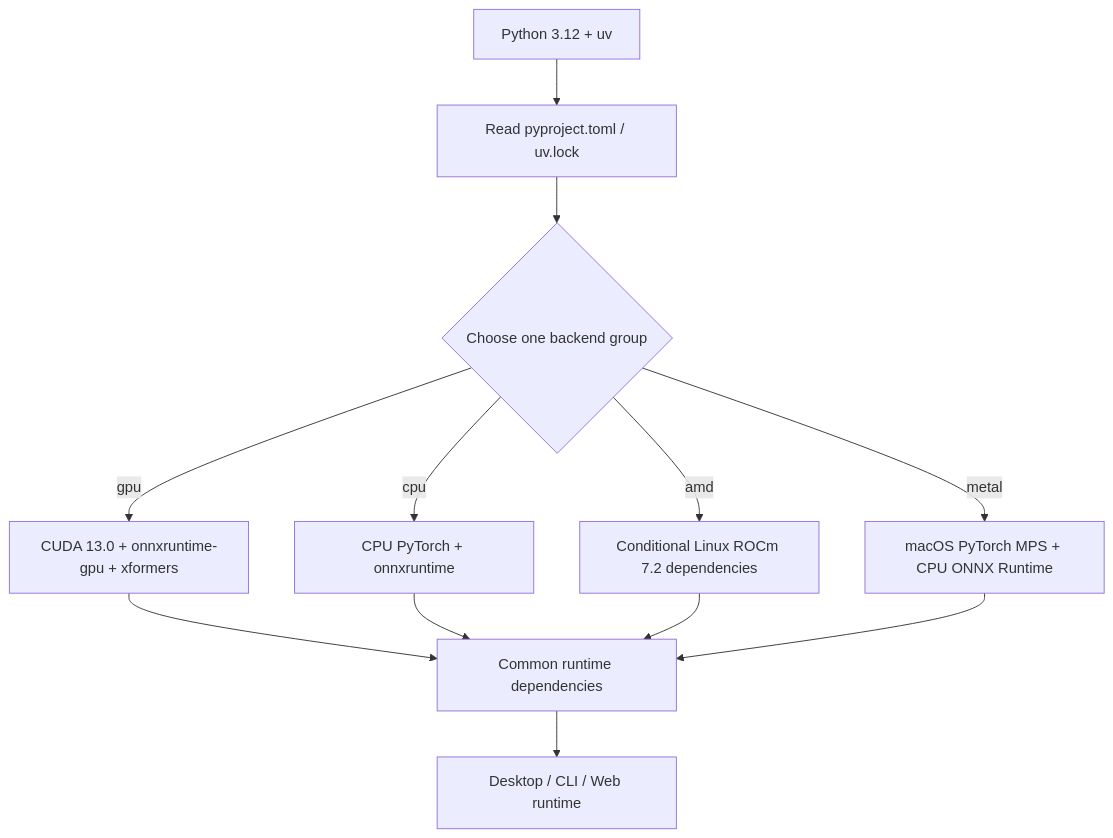
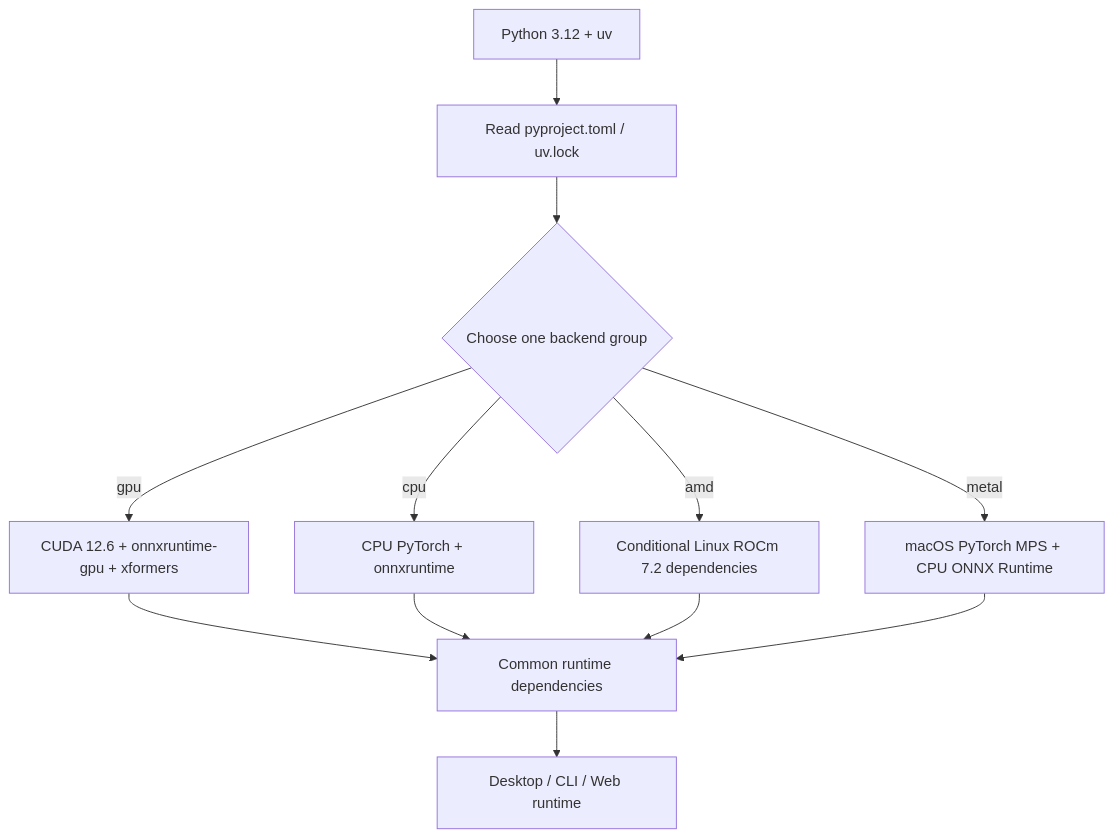
The diagram in doc/wiki/en/install/requirements.md (hgmzhn/manga-translator-ui), drawn with Mermaid before and after one commit. The commit also changed other lines of this file and 24 other files, not shown here.

Commit message:
Switch GPU PyTorch dependencies to CUDA 12.6

````diff
--- a/doc/wiki/en/install/requirements.md
+++ b/doc/wiki/en/install/requirements.md
@@ -65,14 +65,14 @@
 ```mermaid
 flowchart TD
     A["Python 3.12 + uv"] --> B["Read pyproject.toml / uv.lock"]
     B --> C{"Choose one backend group"}
-    C -->|gpu| D["CUDA 13.0 + onnxruntime-gpu + xformers"]
+    C -->|gpu| D["CUDA 12.6 + onnxruntime-gpu + xformers"]
     C -->|cpu| E["CPU PyTorch + onnxruntime"]
     C -->|amd| F["Conditional Linux ROCm 7.2 dependencies"]
     C -->|metal| G["macOS PyTorch MPS + CPU ONNX Runtime"]
     D --> H["Common runtime dependencies"]
     E --> H
     F --> H
     G --> H
     H --> I["Desktop / CLI / Web runtime"]
 ```
````
